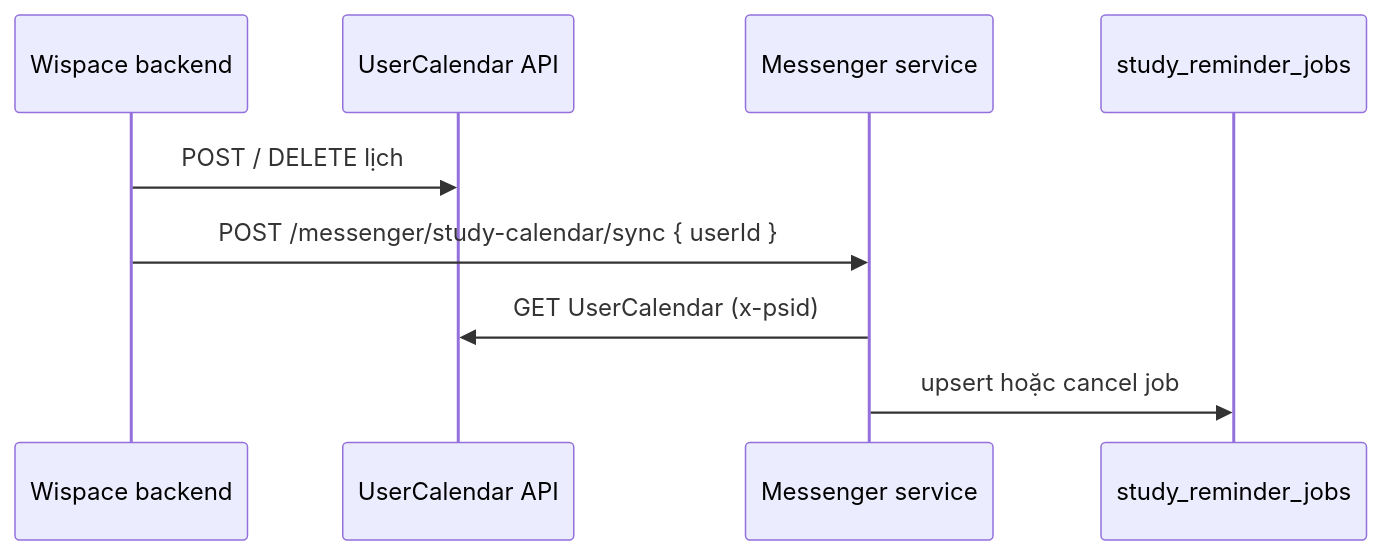
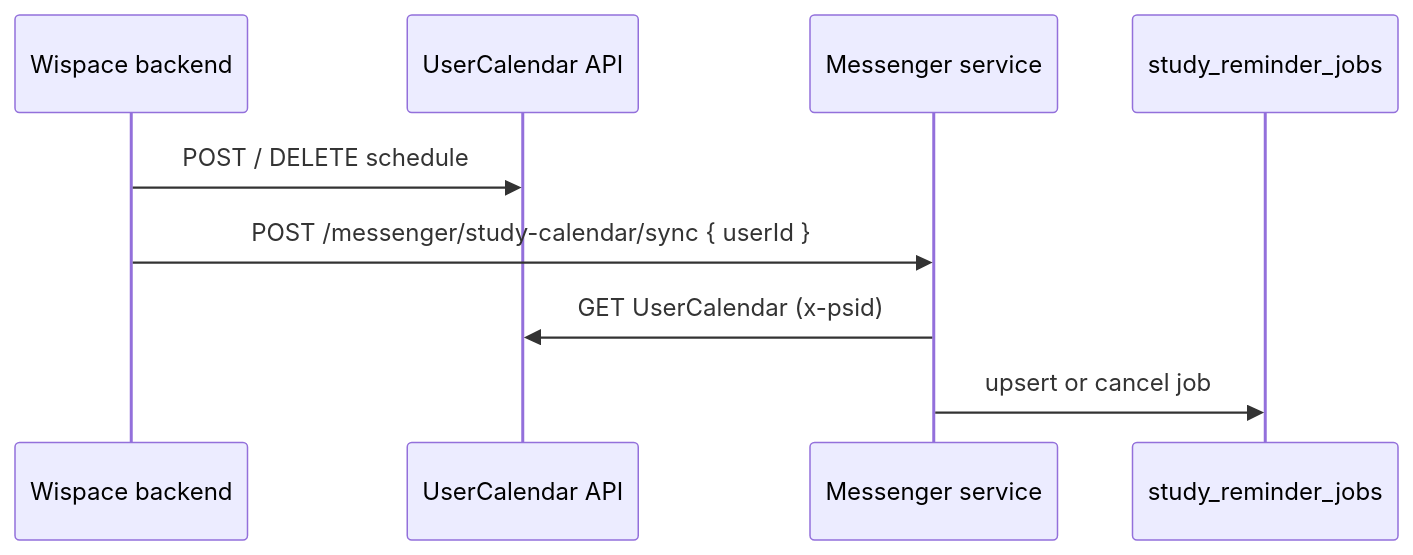
One commit to lengocanh2005it/messenger-ai-for-student changed the third of 5 diagrams in apps/messenger-bot/docs/study-session-reminder.md. Above: the diagram before and after it, drawn with Mermaid. The commit also changed other lines of this file and 25 other files, not shown here.

````diff
--- a/apps/messenger-bot/docs/study-session-reminder.md
+++ b/apps/messenger-bot/docs/study-session-reminder.md
@@ -208,12 +208,12 @@
 ```mermaid
 sequenceDiagram
   participant WISPACE as Wispace backend
   participant Cal as UserCalendar API
   participant MS as Messenger service
   participant Jobs as study_reminder_jobs
 
-  WISPACE->>Cal: POST / DELETE lịch
+  WISPACE->>Cal: POST / DELETE schedule
   WISPACE->>MS: POST /messenger/study-calendar/sync { userId }
   MS->>Cal: GET UserCalendar (x-psid)
-  MS->>Jobs: upsert hoặc cancel job
+  MS->>Jobs: upsert or cancel job
 ```
````
